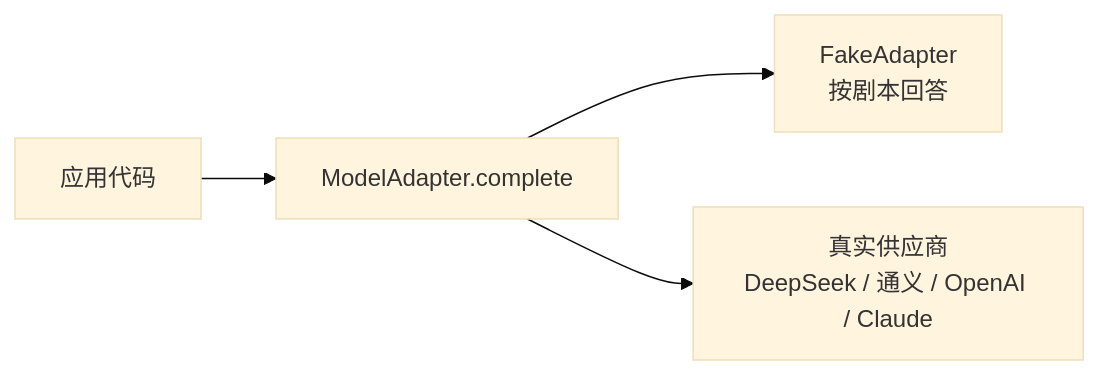
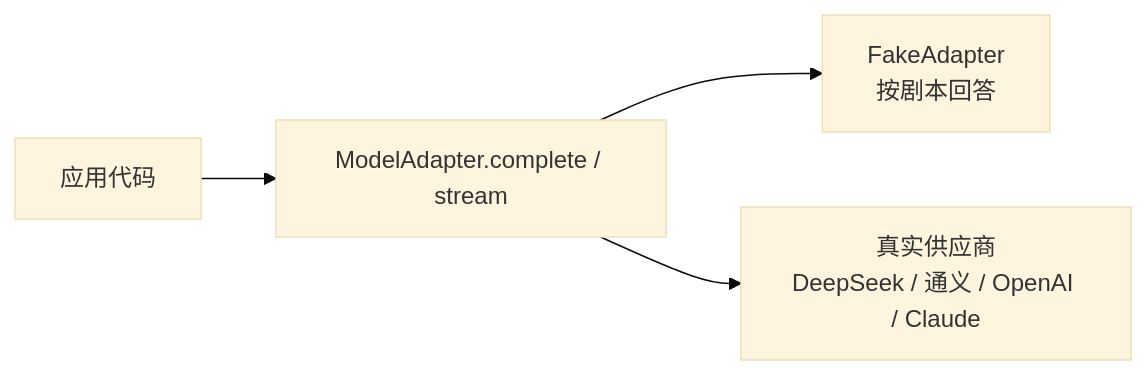
Before and after one commit to lance2016/ai-app-engineering: the second of 2 diagrams in lessons/setup/README.md, drawn with Mermaid (base theme). The commit also changed other lines of this file and 1 other file, not shown here.

````diff
--- a/lessons/setup/README.md
+++ b/lessons/setup/README.md
@@ -238,6 +261,6 @@
 ```mermaid
 flowchart LR
-    L[应用代码] --> A[ModelAdapter.complete]
+    L[应用代码] --> A[ModelAdapter.complete / stream]
     A --> F[FakeAdapter<br/>按剧本回答]
     A --> R[真实供应商<br/>DeepSeek / 通义 / OpenAI / Claude]
 ```
````
